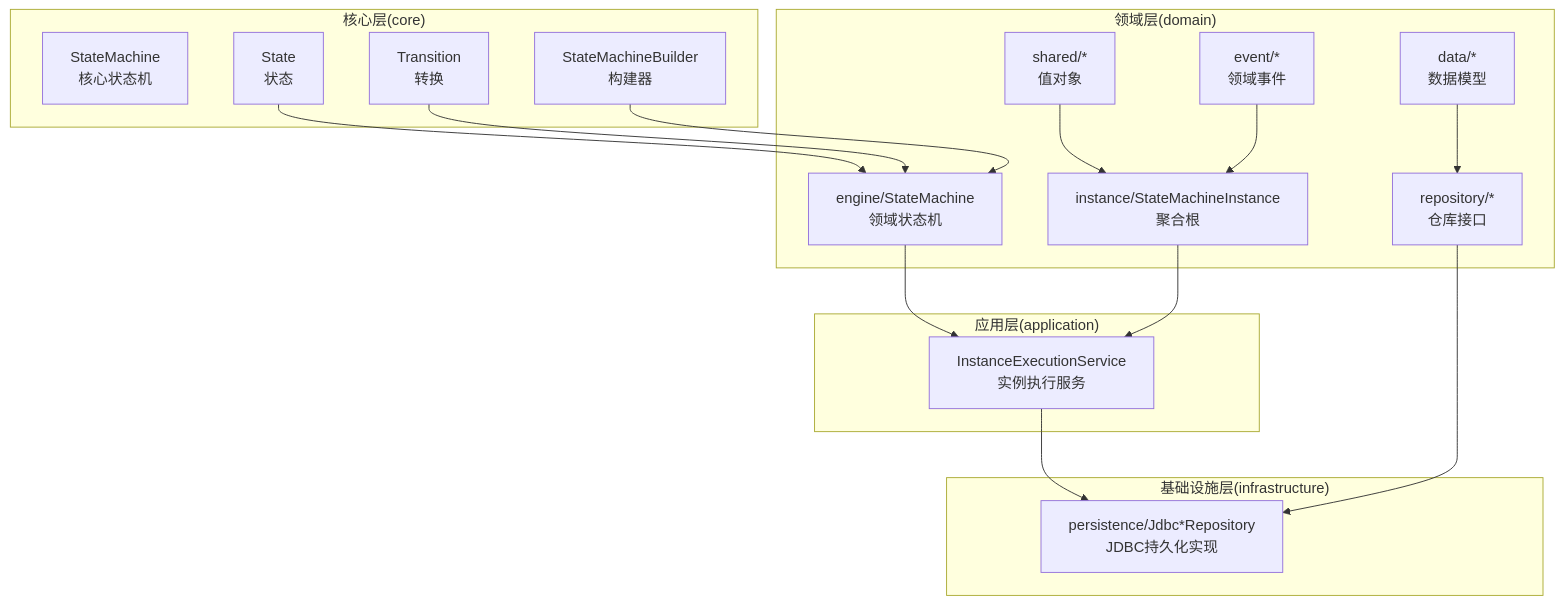
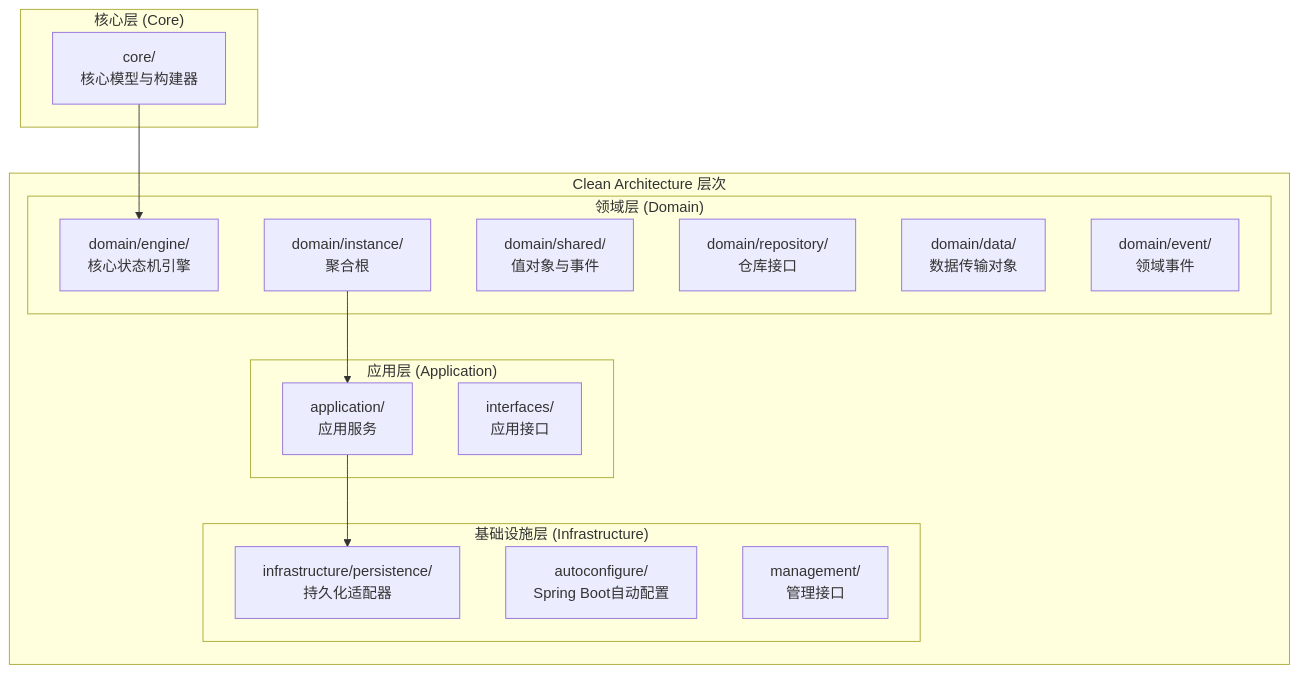
Before and after one commit to xiaoche80s-tech/state-machine-parent: the second of 11 diagrams in .qoder/repowiki/zh/content/核心概念/领域驱动设计架构.md, drawn with Mermaid. The commit also changed other lines of this file and 20 other files, not shown here.

````diff
--- a/.qoder/repowiki/zh/content/核心概念/领域驱动设计架构.md
+++ b/.qoder/repowiki/zh/content/核心概念/领域驱动设计架构.md
@@ -53,33 +141,28 @@
 ```mermaid
 graph TB
-subgraph "核心层(core)"
-CORE_SM["StateMachine<br/>核心状态机"]
-CORE_STATE["State<br/>状态"]
-CORE_TRANSITION["Transition<br/>转换"]
-CORE_BUILDER["StateMachineBuilder<br/>构建器"]
+subgraph "Clean Architecture 层次"
+subgraph "领域层 (Domain)"
+DOMAIN_CORE["domain/engine/<br/>核心状态机引擎"]
+DOMAIN_INSTANCE["domain/instance/<br/>聚合根"]
+DOMAIN_SHARED["domain/shared/<br/>值对象与事件"]
+DOMAIN_REPO["domain/repository/<br/>仓库接口"]
+DOMAIN_DATA["domain/data/<br/>数据传输对象"]
+DOMAIN_EVENT["domain/event/<br/>领域事件"]
 end
-subgraph "领域层(domain)"
-DOMAIN_ENGINE["engine/StateMachine<br/>领域状态机"]
-DOMAIN_INSTANCE["instance/StateMachineInstance<br/>聚合根"]
-DOMAIN_VO["shared/*<br/>值对象"]
-DOMAIN_EVENT["event/*<br/>领域事件"]
-DOMAIN_DATA["data/*<br/>数据模型"]
-DOMAIN_REPO["repository/*<br/>仓库接口"]
+subgraph "应用层 (Application)"
+APP_SERVICE["application/<br/>应用服务"]
+APP_FACADE["interfaces/<br/>应用接口"]
 end
-subgraph "应用层(application)"
-APP_EXEC["InstanceExecutionService<br/>实例执行服务"]
+subgraph "基础设施层 (Infrastructure)"
+INFRA_PERSIST["infrastructure/persistence/<br/>持久化适配器"]
+INFRA_AUTO["autoconfigure/<br/>Spring Boot自动配置"]
+INFRA_MANAGE["management/<br/>管理接口"]
 end
-subgraph "基础设施层(infrastructure)"
-INFRA_JDBC["persistence/Jdbc*Repository<br/>JDBC持久化实现"]
 end
-CORE_BUILDER --> DOMAIN_ENGINE
-CORE_STATE --> DOMAIN_ENGINE
-CORE_TRANSITION --> DOMAIN_ENGINE
-DOMAIN_ENGINE --> APP_EXEC
-DOMAIN_INSTANCE --> APP_EXEC
-DOMAIN_VO --> DOMAIN_INSTANCE
-DOMAIN_EVENT --> DOMAIN_INSTANCE
-DOMAIN_DATA --> DOMAIN_REPO
-DOMAIN_REPO --> INFRA_JDBC
-APP_EXEC --> INFRA_JDBC
+subgraph "核心层 (Core)"
+CORE_MODEL["core/<br/>核心模型与构建器"]
+end
+CORE_MODEL --> DOMAIN_CORE
+DOMAIN_INSTANCE --> APP_SERVICE
+APP_SERVICE --> INFRA_PERSIST
 ```
````
